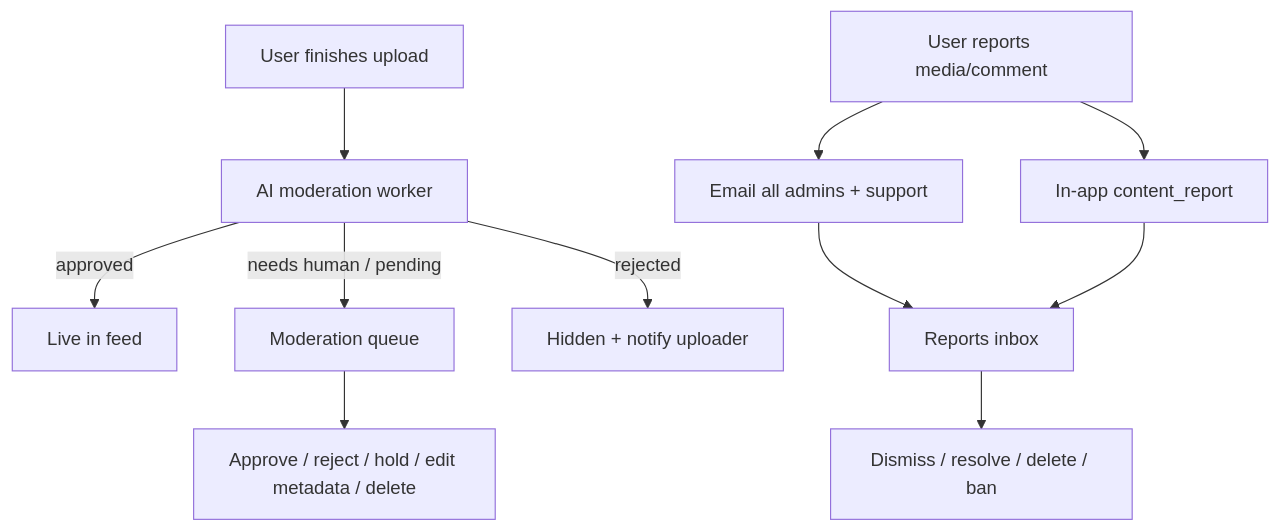
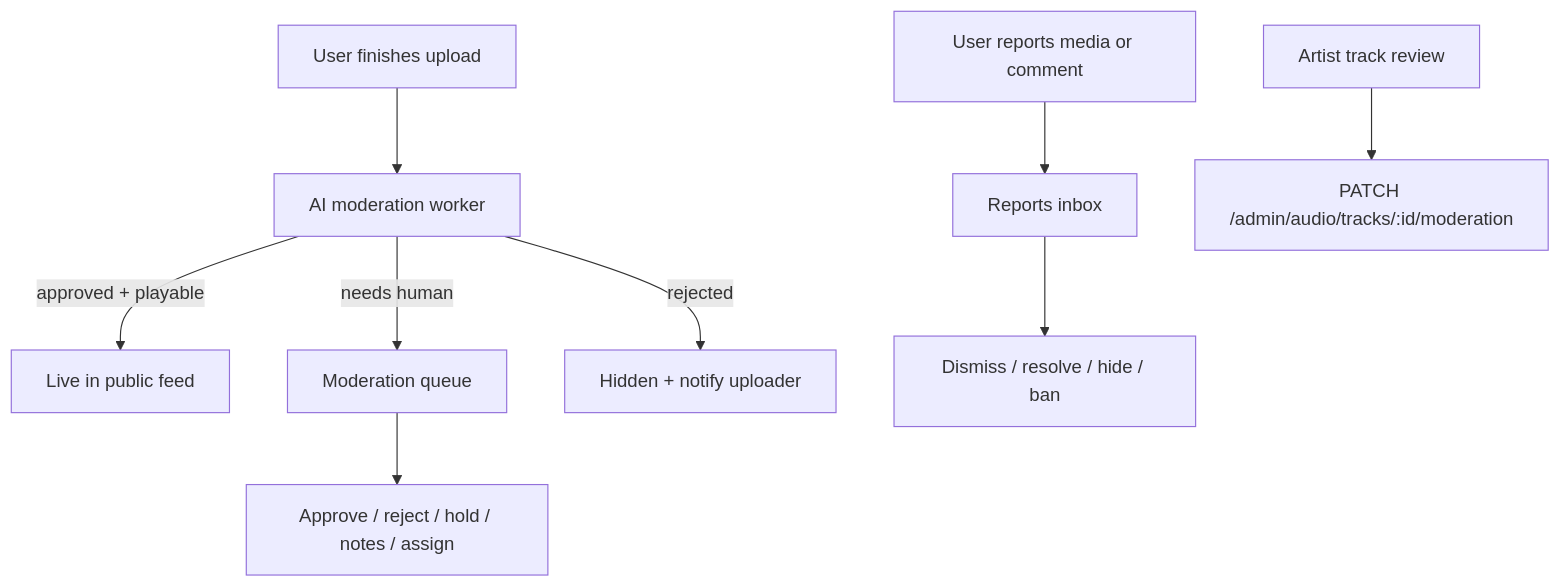
The diagram in docs/FRONTEND_MODERATION.md (DonaldKnut/jevahapp-backend), drawn with Mermaid before and after one commit. The commit also changed other lines of this file and 95 other files, not shown here.

````diff
--- a/docs/FRONTEND_MODERATION.md
+++ b/docs/FRONTEND_MODERATION.md
@@ -22,14 +24,13 @@
 ```mermaid
 flowchart TD
   Upload[User finishes upload] --> Worker[AI moderation worker]
-  Worker -->|approved| Live[Live in feed]
-  Worker -->|needs human / pending| Queue[Moderation queue]
+  Worker -->|approved + playable| Live[Live in public feed]
+  Worker -->|needs human| Queue[Moderation queue]
   Worker -->|rejected| Hidden[Hidden + notify uploader]
 
-  User[User reports media/comment] --> Email[Email all admins + support]
-  User --> InApp[In-app content_report]
-  Email --> Inbox[Reports inbox]
-  InApp --> Inbox
-  Inbox --> Act[Dismiss / resolve / delete / ban]
-  Queue --> Human[Approve / reject / hold / edit metadata / delete]
+  User[User reports media or comment] --> Inbox[Reports inbox]
+  Inbox --> Act[Dismiss / resolve / hide / ban]
+
+  Queue --> Human[Approve / reject / hold / notes / assign]
+  TrackQ[Artist track review] --> TrackAct[PATCH /admin/audio/tracks/:id/moderation]
 ```
````
